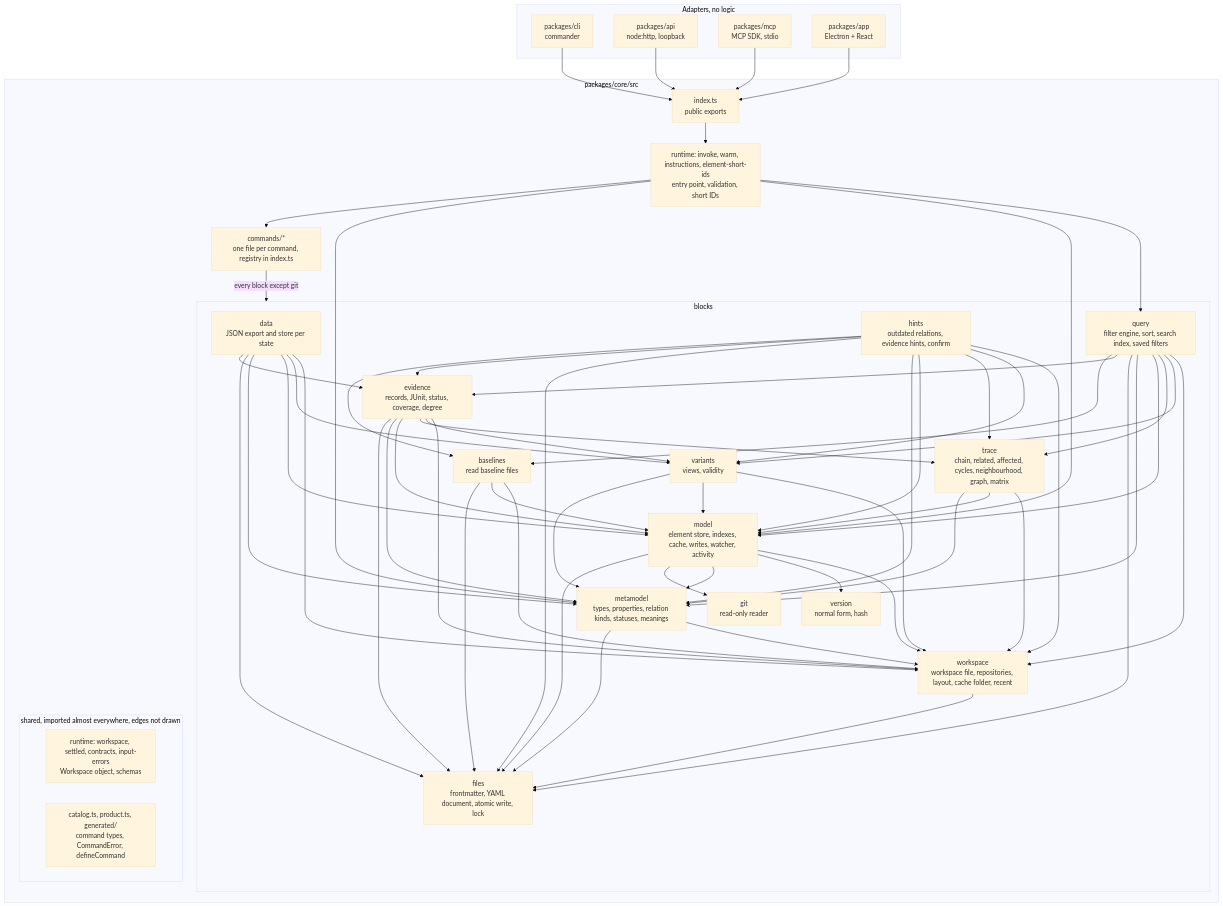
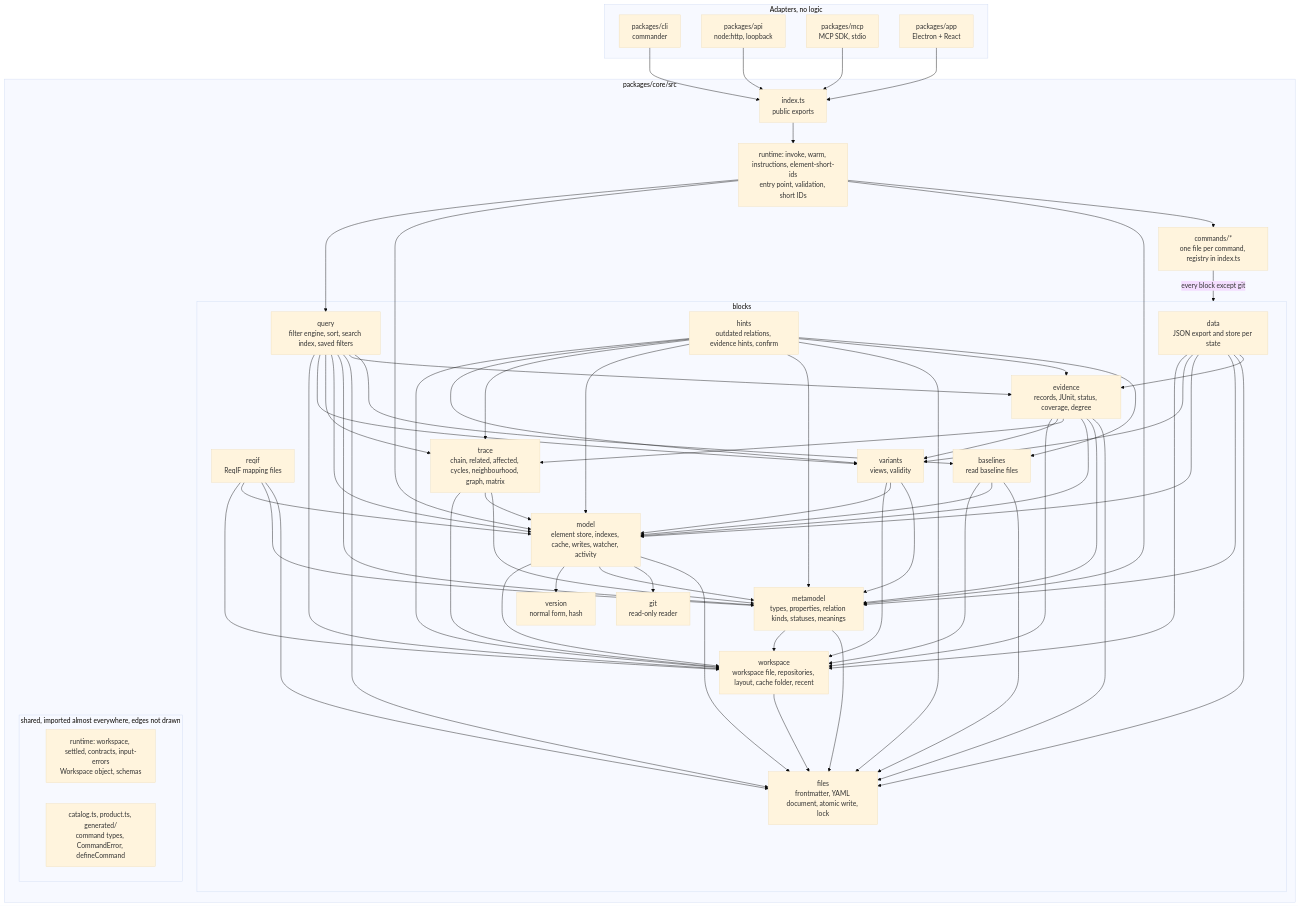
One commit to ThomasBirkmaier/ReqSeq changed the second of 4 diagrams in docs/architecture/README.md. Above: the diagram before and after it, drawn with Mermaid (base theme). The commit also changed other lines of this file and 14 other files, not shown here.

First line of the commit message:
SR-054: save the mapping of a ReqIF source as a YAML file in reqif (#532)

````diff
--- a/docs/architecture/README.md
+++ b/docs/architecture/README.md
@@ -86,47 +86,49 @@
 ```mermaid
 flowchart TB
   subgraph adapters[Adapters, no logic]
     cli[packages/cli<br/>commander]
     api[packages/api<br/>node:http, loopback]
     mcp[packages/mcp<br/>MCP SDK, stdio]
     app[packages/app<br/>Electron + React]
   end
   subgraph core[packages/core/src]
     index[index.ts<br/>public exports]
     entry[runtime: invoke, warm, instructions, element-short-ids<br/>entry point, validation, short IDs]
     commands[commands/*<br/>one file per command, registry in index.ts]
     subgraph blocks[blocks]
       data[data<br/>JSON export and store per state]
+      reqif[reqif<br/>ReqIF mapping files]
       query[query<br/>filter engine, sort, search index, saved filters]
       hints[hints<br/>outdated relations, evidence hints, confirm]
       evidence[evidence<br/>records, JUnit, status, coverage, degree]
       trace[trace<br/>chain, related, affected, cycles, neighbourhood, graph, matrix]
       variants[variants<br/>views, validity]
       baselines[baselines<br/>read baseline files]
       model[model<br/>element store, indexes, cache, writes, watcher, activity]
       mm[metamodel<br/>types, properties, relation kinds, statuses, meanings]
       ws[workspace<br/>workspace file, repositories, layout, cache folder, recent]
       files[files<br/>frontmatter, YAML document, atomic write, lock]
       version[version<br/>normal form, hash]
       git[git<br/>read-only reader]
     end
     subgraph shared[shared, imported almost everywhere, edges not drawn]
       state[runtime: workspace, settled, contracts, input-errors<br/>Workspace object, schemas]
       catalog[catalog.ts, product.ts, generated/<br/>command types, CommandError, defineCommand]
     end
   end
   cli & api & mcp & app --> index
   index --> entry
   entry --> commands & mm & model & query
   commands -->|every block except git| blocks
   data --> evidence & files & mm & model & variants & ws
+  reqif --> files & mm & model & ws
   query --> baselines & evidence & files & mm & model & trace & variants & ws
   hints --> baselines & evidence & files & mm & model & trace & variants & ws
   evidence --> files & mm & model & trace & variants & ws
   trace --> mm & model & ws
   variants --> mm & model & ws
   baselines --> files & model & ws
   model --> files & git & mm & version & ws
   mm --> files & ws
   ws --> files
 ```
````
